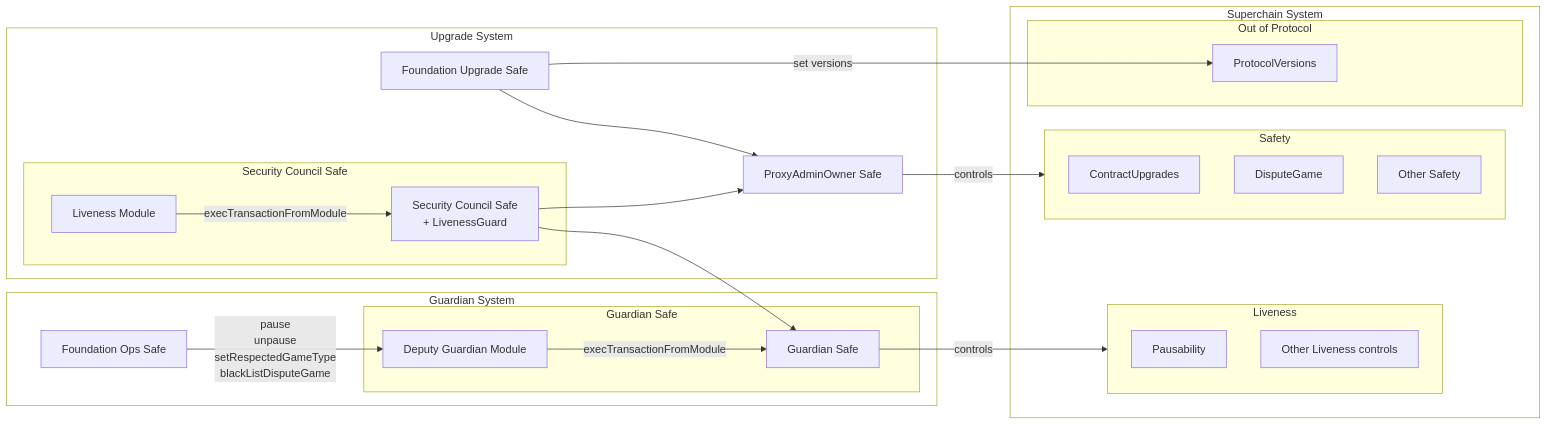
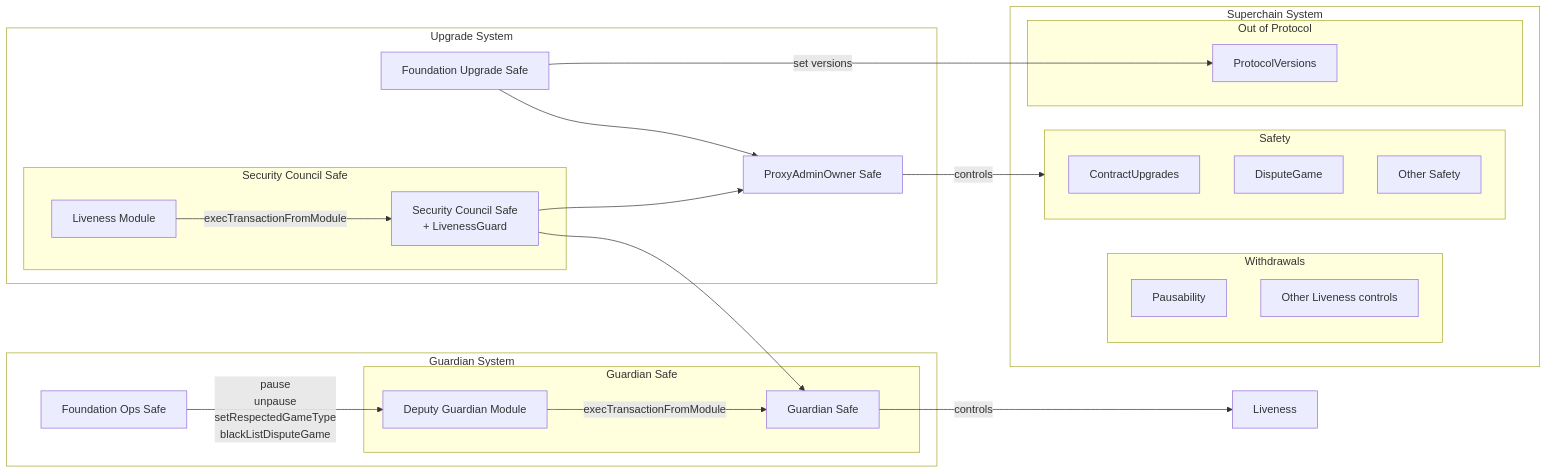
The diagram in specs/protocol/stage-1.md (ethereum-optimism/specs), drawn with Mermaid before and after one commit. The commit also changed other lines of this file, not shown here.

Commit message:
Emphasize user exits over withdrawals

````diff
--- a/specs/protocol/stage-1.md
+++ b/specs/protocol/stage-1.md
@@ -96,48 +98,48 @@
 ```mermaid
 flowchart LR
    subgraph SuperchainSystem[Superchain System]
-      subgraph Liveness
+      subgraph Withdrawals
          Pausability
          OtherLiveness[Other Liveness controls]
       end
       subgraph Safety
          ContractUpgrades
          DisputeGame
          OtherSafety[Other Safety]
       end
       subgraph NonProtocol[Out of Protocol]
          PV[ProtocolVersions]
       end
    end
 
    subgraph UpgradeSystem[Upgrade System]
       FndUp[Foundation Upgrade Safe]
       POA[ProxyAdminOwner Safe]
       subgraph Security Council Safe
          Council[Security Council Safe\n+ LivenessGuard]
          LM[Liveness Module]
       end
    end
 
    subgraph GuardianSystem[Guardian System]
       FndOps[Foundation Ops Safe]
       subgraph GuardianSafe[Guardian Safe]
          GS[Guardian Safe]
          DGM[Deputy Guardian Module]
       end
    end
 
     POA -->|controls| Safety
     FndUp --> POA
     Council --> POA
     Council --> GS
     FndOps -->|pause\nunpause\nsetRespectedGameType\nblackListDisputeGame| DGM
     FndUp -->|set versions|PV
     LM -->|execTransactionFromModule| Council
     DGM -->|execTransactionFromModule| GS
     GS -->|controls| Liveness
 
    %% Declare a class to make the outer boxes somewhat transparent to provide some contrast
    classDef outer fill:#ffffff44
    class SuperchainSystem,GuardianSystem,UpgradeSystem outer
 ```
````
